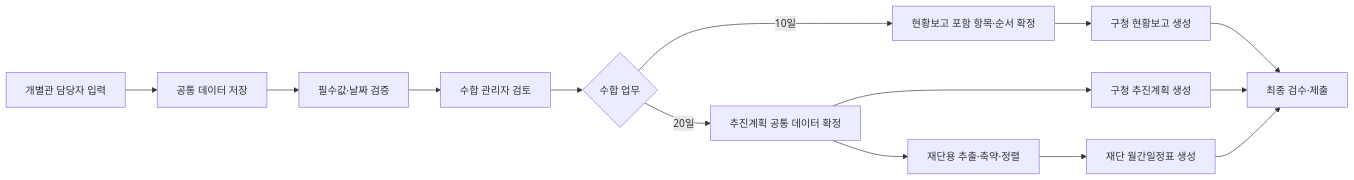
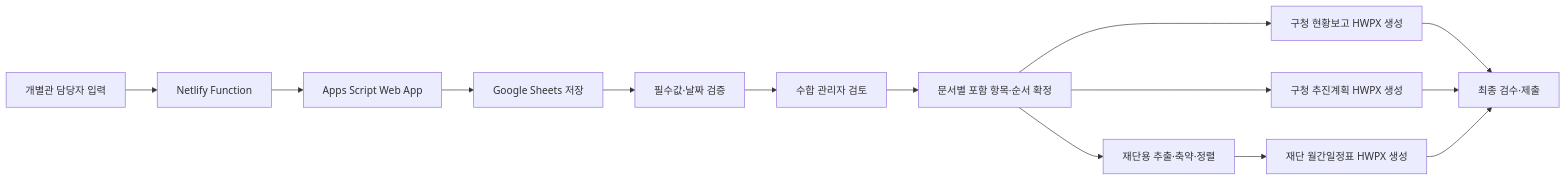
Before and after one commit to FiveEastRoot/nowonlib-program-collection: the diagram in doc/01_통합_기획/01_문화프로그램_통합수합업무_자동화.md, drawn with Mermaid. The commit also changed other lines of this file and 64 other files, not shown here.

````diff
--- a/doc/01_통합_기획/01_문화프로그램_통합수합업무_자동화.md
+++ b/doc/01_통합_기획/01_문화프로그램_통합수합업무_자동화.md
@@ -38,16 +37,16 @@
 ```mermaid
 flowchart LR
-    A[개별관 담당자 입력] --> B[공통 데이터 저장]
-    B --> C[필수값·날짜 검증]
-    C --> D[수합 관리자 검토]
-    D --> E{수합 업무}
-    E -->|10일| F[현황보고 포함 항목·순서 확정]
-    F --> G[구청 현황보고 생성]
-    E -->|20일| H[추진계획 공통 데이터 확정]
-    H --> I[구청 추진계획 생성]
-    H --> J[재단용 추출·축약·정렬]
-    J --> K[재단 월간일정표 생성]
-    G --> L[최종 검수·제출]
-    I --> L
-    K --> L
+    A[개별관 담당자 입력] --> B[Netlify Function]
+    B --> C[Apps Script Web App]
+    C --> D[Google Sheets 저장]
+    D --> E[필수값·날짜 검증]
+    E --> F[수합 관리자 검토]
+    F --> H[문서별 포함 항목·순서 확정]
+    H --> I[구청 현황보고 HWPX 생성]
+    H --> K[구청 추진계획 HWPX 생성]
+    H --> L[재단용 추출·축약·정렬]
+    L --> M[재단 월간일정표 HWPX 생성]
+    I --> N[최종 검수·제출]
+    K --> N
+    M --> N
 ```
````
